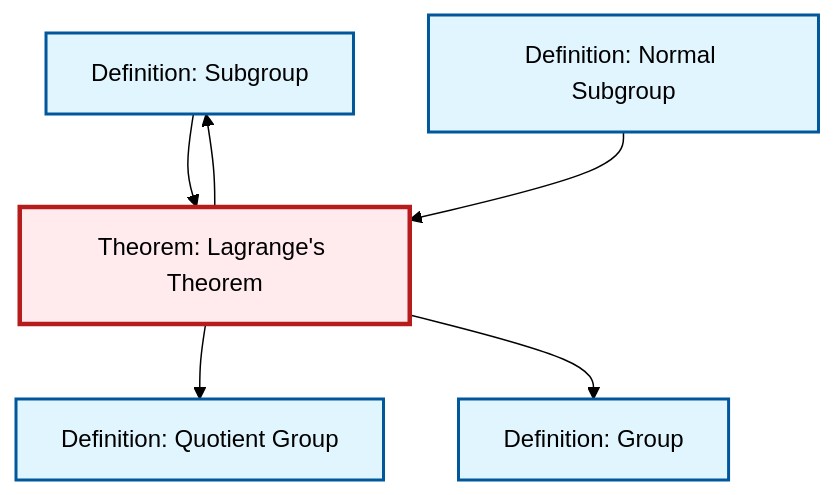
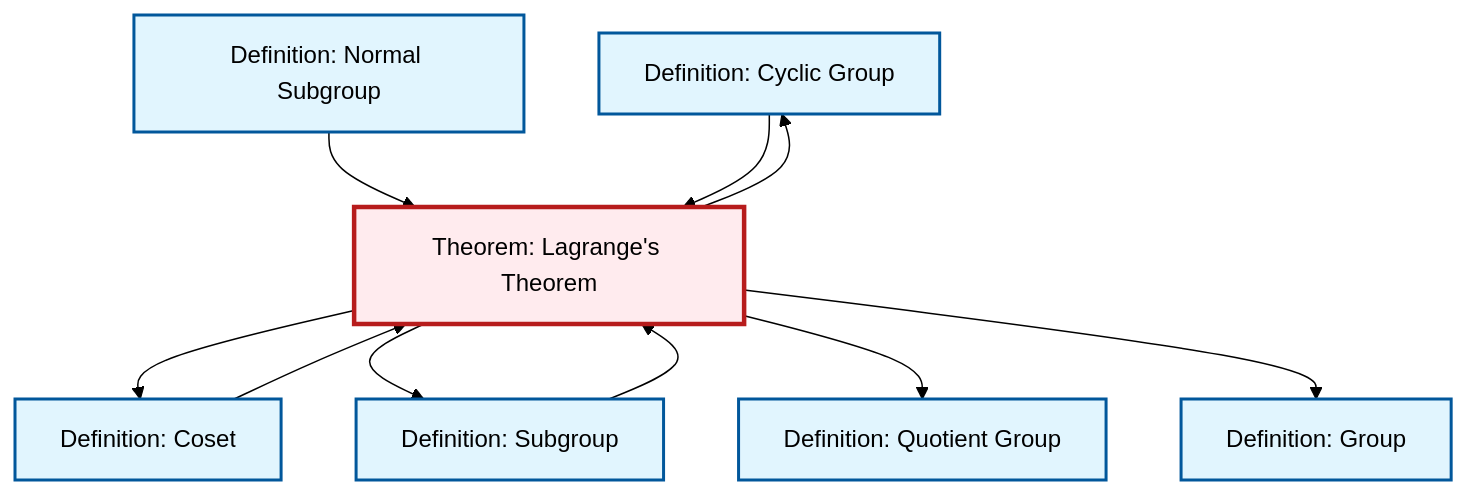
One commit to RK0429/ModernMath changed the diagram in content/en/algebra/thm-lagrange.qmd. Above: the diagram before and after it, drawn with Mermaid (forest theme). The commit also changed 417 other files, not shown here.

````diff
--- a/content/en/algebra/thm-lagrange.qmd
+++ b/content/en/algebra/thm-lagrange.qmd
@@ -49,24 +49,32 @@
 ```{mermaid}
 %%| fig-cap: "Local dependency graph"
 graph TD
     classDef definition fill:#e1f5fe,stroke:#01579b,stroke-width:2px
     classDef theorem fill:#f3e5f5,stroke:#4a148c,stroke-width:2px
     classDef axiom fill:#fff3e0,stroke:#e65100,stroke-width:2px
     classDef example fill:#e8f5e9,stroke:#1b5e20,stroke-width:2px
     classDef current fill:#ffebee,stroke:#b71c1c,stroke-width:3px
+    def-cyclic-group["Definition: Cyclic Group"]:::definition
     def-subgroup["Definition: Subgroup"]:::definition
+    def-coset["Definition: Coset"]:::definition
     def-normal-subgroup["Definition: Normal Subgroup"]:::definition
-    def-group["Definition: Group"]:::definition
     def-quotient-group["Definition: Quotient Group"]:::definition
     thm-lagrange["Theorem: Lagrange's Theorem"]:::theorem
+    def-group["Definition: Group"]:::definition
+    thm-lagrange --> def-cyclic-group
+    def-normal-subgroup --> thm-lagrange
+    thm-lagrange --> def-coset
+    thm-lagrange --> def-subgroup
+    def-cyclic-group --> thm-lagrange
+    def-coset --> thm-lagrange
+    thm-lagrange --> def-quotient-group
+    thm-lagrange --> def-group
     def-subgroup --> thm-lagrange
-    thm-lagrange --> def-quotient-group
-    thm-lagrange --> def-subgroup
-    thm-lagrange --> def-group
-    def-normal-subgroup --> thm-lagrange
     class thm-lagrange current
+    click def-cyclic-group "def-cyclic-group.html" "Go to Cyclic Group definition"
     click def-subgroup "def-subgroup.html" "Go to Subgroup definition"
+    click def-coset "def-coset.html" "Go to Coset definition"
     click def-normal-subgroup "def-normal-subgroup.html" "Go to Normal Subgroup definition"
+    click def-quotient-group "def-quotient-group.html" "Go to Quotient Group definition"
     click def-group "def-group.html" "Go to Group definition"
-    click def-quotient-group "def-quotient-group.html" "Go to Quotient Group definition"
 ```
````
